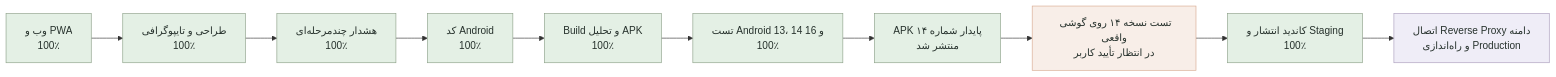
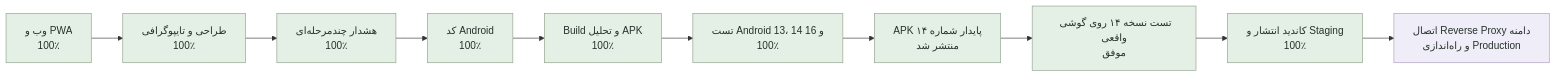
Before and after one commit to tparkhondeh/personalAgent: the diagram in PROJECT_STATUS.md, drawn with Mermaid. The commit also changed other lines of this file and 3 other files, not shown here.

````diff
--- a/PROJECT_STATUS.md
+++ b/PROJECT_STATUS.md
@@ -18,20 +18,20 @@
 ```mermaid
 flowchart LR
     A[وب و PWA<br/>100٪] --> B[طراحی و تایپوگرافی<br/>100٪]
     B --> C[هشدار چندمرحله‌ای<br/>100٪]
     C --> D[کد Android<br/>100٪]
     D --> E[Build و تحلیل APK<br/>100٪]
     E --> H[تست Android 13، 14 و 16<br/>100٪]
     H --> I[APK پایدار شماره ۱۴<br/>منتشر شد]
-    I --> G[تست نسخه ۱۴ روی گوشی واقعی<br/>در انتظار تأیید کاربر]
+    I --> G[تست نسخه ۱۴ روی گوشی واقعی<br/>موفق]
     G --> J[کاندید انتشار و Staging<br/>100٪]
     J --> F[اتصال Reverse Proxy دامنه<br/>و راه‌اندازی Production]
 
     classDef done fill:#e4f0e5,stroke:#8ca088,color:#26312c;
     classDef active fill:#f8eee8,stroke:#d7a98f,color:#26312c;
     classDef pending fill:#efedf7,stroke:#aa9dbc,color:#26312c;
     class A,B,H,I,J done;
     class C,D,E done;
-    class G active;
+    class G done;
     class F pending;
 ```
````
